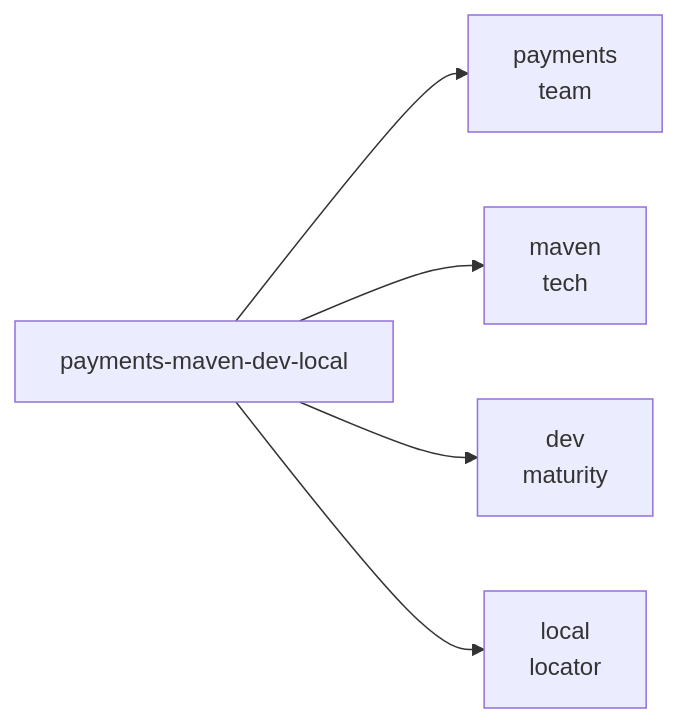
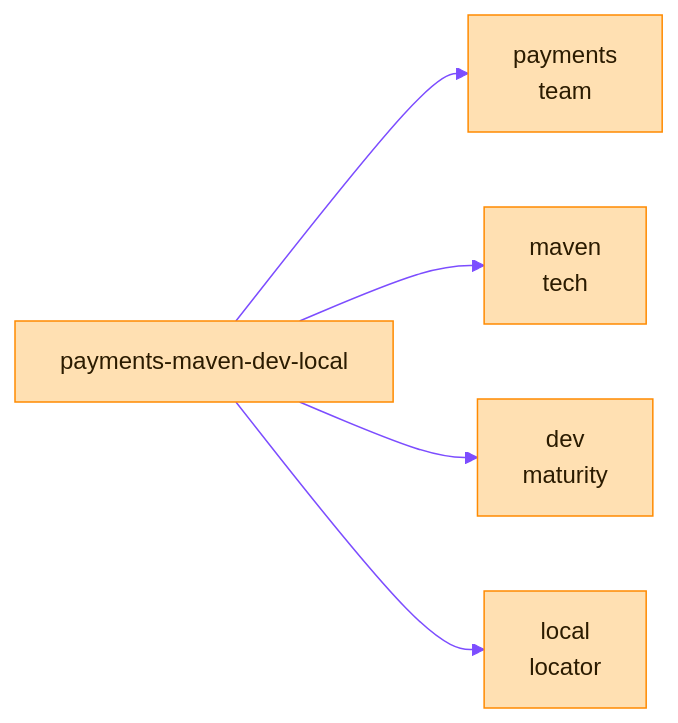
One commit to bhagatabhijeet/jfrog-knowledge-bundle changed the diagram in repository-management/repository-naming-conventions.md. Above: the diagram before and after it, drawn with Mermaid. The commit also changed 13 other files, not shown here.

Commit message:
Colour the concept diagrams, one palette per topic

````diff
--- a/repository-management/repository-naming-conventions.md
+++ b/repository-management/repository-naming-conventions.md
@@ -31,7 +31,8 @@
 ```mermaid
+%%{init: {'theme':'base','themeVariables':{'primaryColor':'#FFE0B2','primaryBorderColor':'#FF8A00','primaryTextColor':'#2B1B00','lineColor':'#7C4DFF','secondaryColor':'#E1BEE7','tertiaryColor':'#FFF3E0','noteBkgColor':'#E1BEE7','noteTextColor':'#2A0A3A','noteBorderColor':'#7C4DFF'}}}%%
 flowchart LR
     K["payments-maven-dev-local"] --> A["payments<br/>team"]
     K --> B["maven<br/>tech"]
     K --> C["dev<br/>maturity"]
     K --> D["local<br/>locator"]
 ```
````
